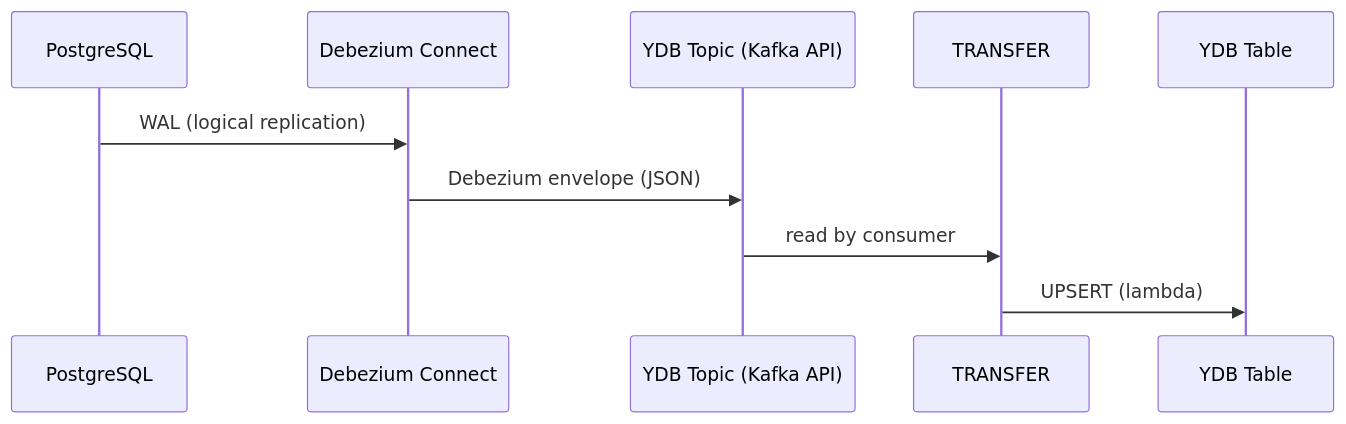
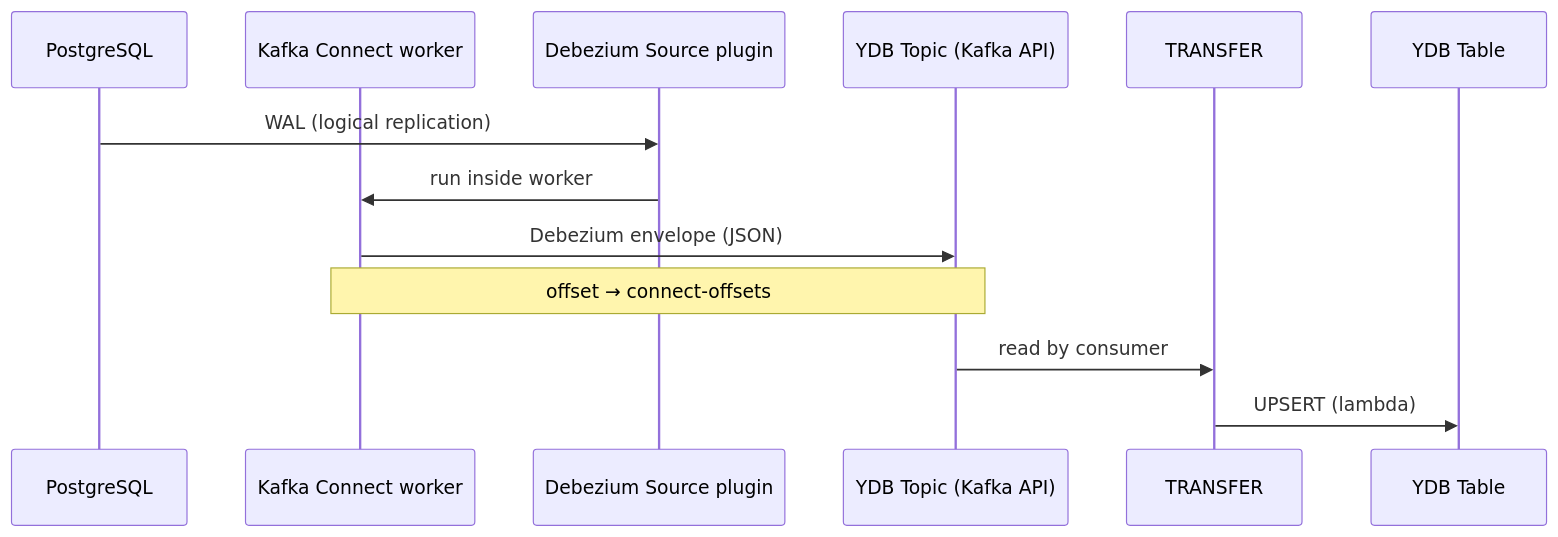
Before and after one commit to pavelivanoff/ydb: the second of 3 diagrams in ydb/docs/ru/core/integrations/data-migration/postgresql-cdc-sync.md, drawn with Mermaid. The commit also changed other lines of this file, not shown here.

First line of the commit message:
docs: уточнить роль Kafka Connect и хранение state в YDB Topics

````diff
--- a/ydb/docs/ru/core/integrations/data-migration/postgresql-cdc-sync.md
+++ b/ydb/docs/ru/core/integrations/data-migration/postgresql-cdc-sync.md
@@ -83,13 +142,16 @@
 ```mermaid
 sequenceDiagram
   participant PG as PostgreSQL
-  participant DBZ as Debezium Connect
+  participant KC as Kafka Connect worker
+  participant DBZ as Debezium Source plugin
   participant Topic as YDB Topic (Kafka API)
   participant TR as TRANSFER
   participant YDB as YDB Table
 
   PG->>DBZ: WAL (logical replication)
-  DBZ->>Topic: Debezium envelope (JSON)
+  DBZ->>KC: run inside worker
+  KC->>Topic: Debezium envelope (JSON)
+  Note over KC,Topic: offset → connect-offsets
   Topic->>TR: read by consumer
   TR->>YDB: UPSERT (lambda)
 ```
````
